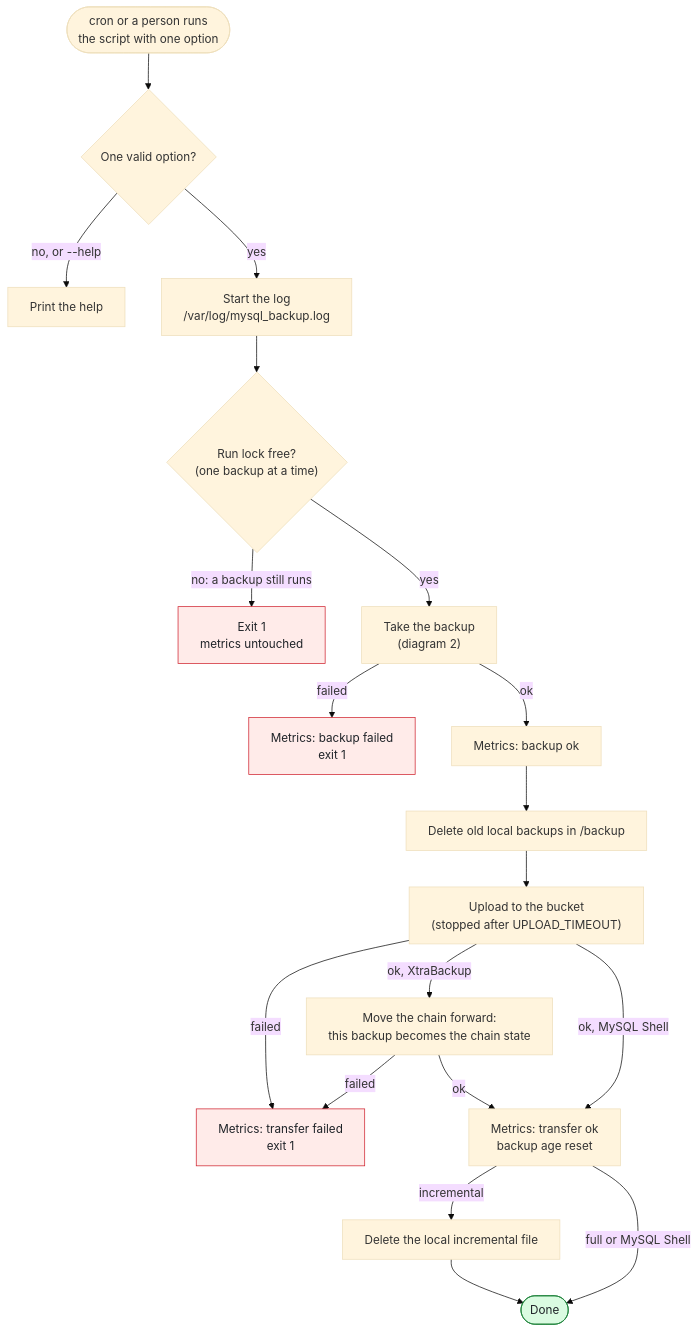
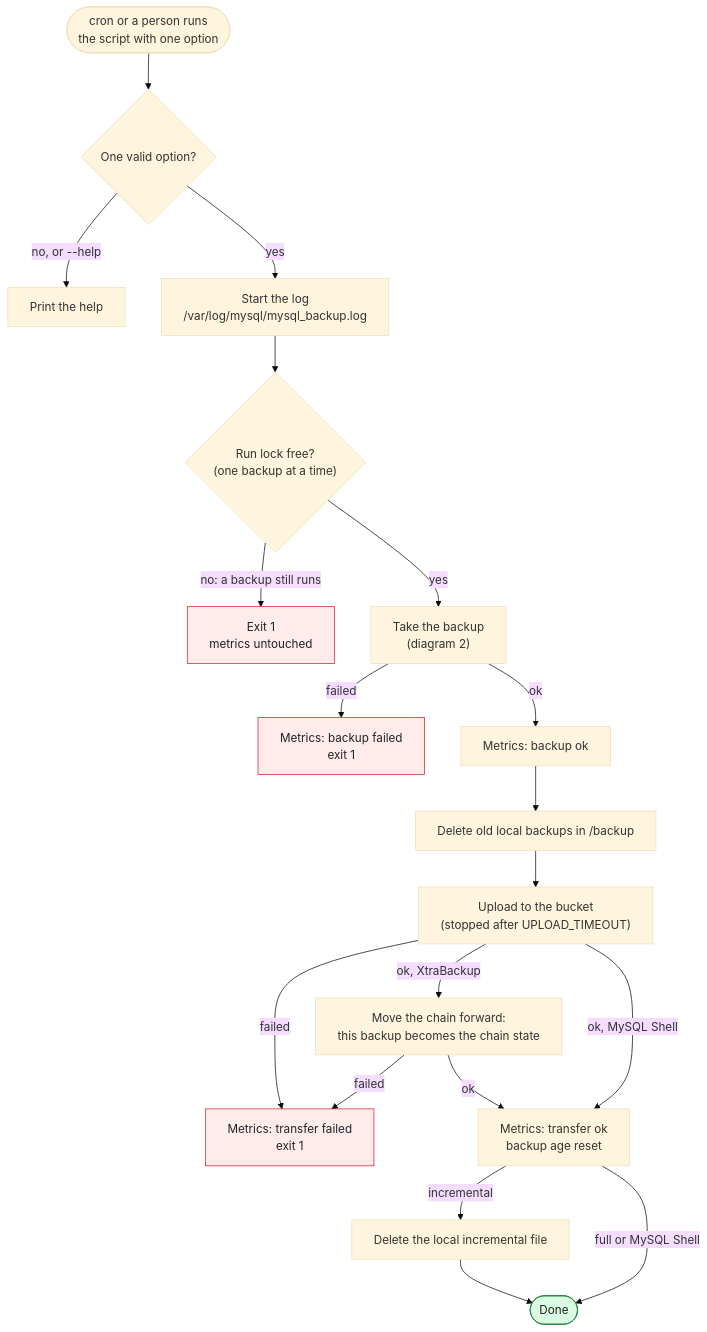
Before and after one commit to xXSAPXx/dba-ops-scripts: the first of 4 diagrams in mysql_prod_backup_scripts/mysql_backup_workflow.md, drawn with Mermaid (base theme). The commit also changed other lines of this file and 11 other files, not shown here.

First line of the commit message:
MySQL backup, binlog and restore scripts: log to /var/log/mysql

````diff
--- a/mysql_prod_backup_scripts/mysql_backup_workflow.md
+++ b/mysql_prod_backup_scripts/mysql_backup_workflow.md
@@ -16,25 +16,25 @@
 ```mermaid
 %%{init: {"flowchart": {"wrappingWidth": 400}}}%%
 flowchart TD
     START(["cron or a person runs<br/>the script with one option"]) --> ARGS{"One valid option?"}
     ARGS -->|"no, or --help"| HELP["Print the help"]
-    ARGS -->|"yes"| LOG["Start the log<br/>/var/log/mysql_backup.log"]
+    ARGS -->|"yes"| LOG["Start the log<br/>/var/log/mysql/mysql_backup.log"]
     LOG --> RUNLOCK{"Run lock free?<br/>(one backup at a time)"}
     RUNLOCK -->|"no: a backup still runs"| BUSY["Exit 1<br/>metrics untouched"]:::fail
     RUNLOCK -->|"yes"| BACKUP["Take the backup<br/>(diagram 2)"]
     BACKUP -->|"failed"| BFAIL["Metrics: backup failed<br/>exit 1"]:::fail
     BACKUP -->|"ok"| BOK["Metrics: backup ok"]
     BOK --> CLEAN["Delete old local backups in /backup"]
     CLEAN --> UPLOAD["Upload to the bucket<br/>(stopped after UPLOAD_TIMEOUT)"]
     UPLOAD -->|"failed"| TFAIL["Metrics: transfer failed<br/>exit 1"]:::fail
     UPLOAD -->|"ok, XtraBackup"| ADVANCE["Move the chain forward:<br/>this backup becomes the chain state"]
     ADVANCE -->|"failed"| TFAIL
     UPLOAD -->|"ok, MySQL Shell"| TOK["Metrics: transfer ok<br/>backup age reset"]
     ADVANCE -->|"ok"| TOK
     TOK -->|"incremental"| RMINC["Delete the local incremental file"]
     TOK -->|"full or MySQL Shell"| DONE(["Done"]):::ok
     RMINC --> DONE
 
     classDef fail fill:#ffebe9,stroke:#cf222e,color:#1f2328
     classDef ok fill:#dafbe1,stroke:#1a7f37,color:#1f2328
 ```
````
